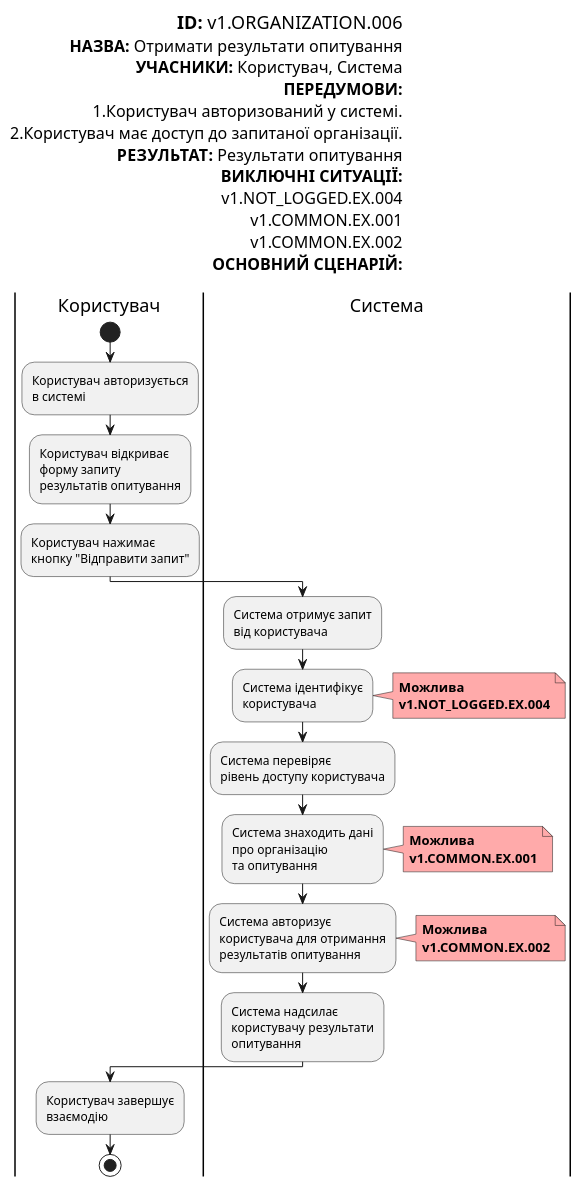
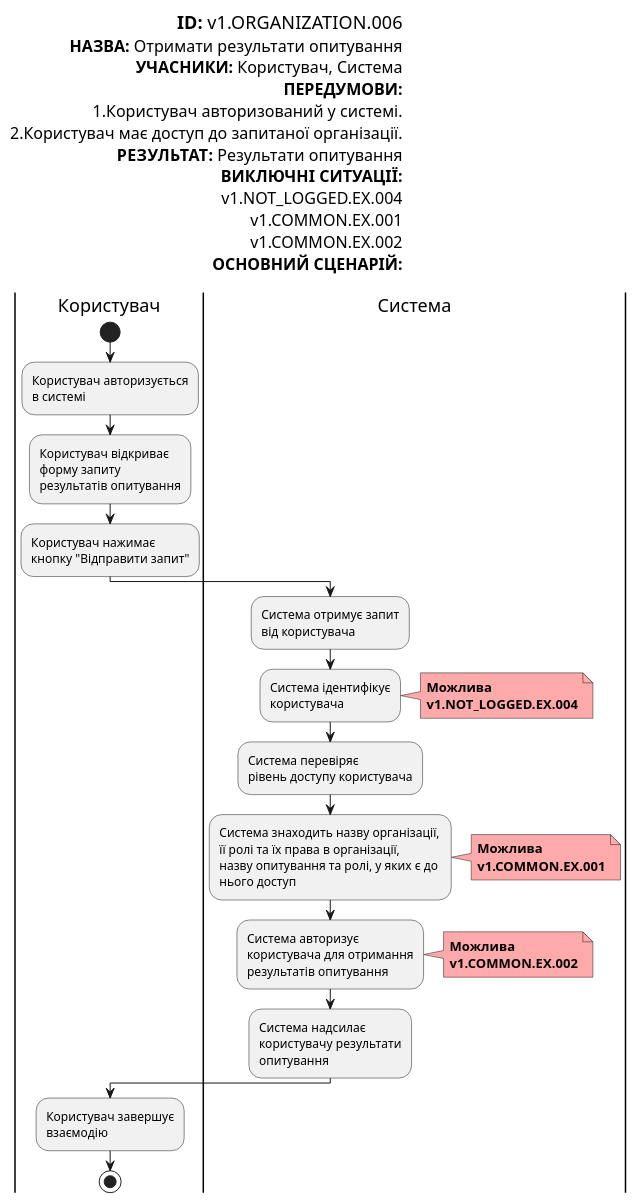
Diagram 11 of 18 in docs/use cases/README.md (Znskiy/survey-expert), drawn with PlantUML before and after one commit. The commit also changed other lines of this file, not shown here.

```diff
--- a/docs/use cases/README.md
+++ b/docs/use cases/README.md
@@ -672,71 +673,72 @@
   @startuml
 
       left header
         <font color=000 size=18><b>ID:</b> v1.ORGANIZATION.006
         <font color=000 size=16><b>НАЗВА:</b> Отримати результати опитування
         <font color=000 size=16><b>УЧАСНИКИ:</b> Користувач, Система
         <font color=000 size=16><b>ПЕРЕДУМОВИ:</b>
         <font color=000 size=16>1.Користувач авторизований у системі.
         <font color=000 size=16>2.Користувач має доступ до запитаної організації.
         <font color=000 size=16><b>РЕЗУЛЬТАТ:</b> Результати опитування
         <font color=000 size=16><b>ВИКЛЮЧНІ СИТУАЦІЇ:</b>
         <font color=000 size=16>v1.NOT_LOGGED.EX.004
         <font color=000 size=16>v1.COMMON.EX.001
         <font color=000 size=16>v1.COMMON.EX.002
         <font color=000 size=16><b>ОСНОВНИЙ СЦЕНАРІЙ:</b>
 
       end header
 
       |Користувач|
           start
           :Користувач авторизується
           в системі;
     
           :Користувач відкриває
           форму запиту
           результатів опитування;
 
           :Користувач нажимає
           кнопку "Відправити запит";
 
       |Система|
           :Система отримує запит
           від користувача;
 
           :Система ідентифікує
           користувача;
           note right #ffaaaa
           <b>Можлива</b>
           <b>v1.NOT_LOGGED.EX.004</b>
           end note
 
           :Система перевіряє
           рівень доступу користувача;
 
-          :Система знаходить дані
-          про організацію
-          та опитування;
+          :Система знаходить назву організації,
+          її ролі та їх права в організації,
+          назву опитування та ролі, у яких є до 
+          нього доступ;
           note right #ffaaaa
           <b>Можлива</b>
           <b>v1.COMMON.EX.001</b>
           end note
 
           :Система авторизує
           користувача для отримання
           результатів опитування;
           note right #ffaaaa
           <b>Можлива</b>
           <b>v1.COMMON.EX.002</b>
           end note
 
           :Система надсилає
           користувачу результати
           опитування;
 
       |Користувач|           
           :Користувач завершує
           взаємодію;
 
           stop;
 
   @enduml
```
